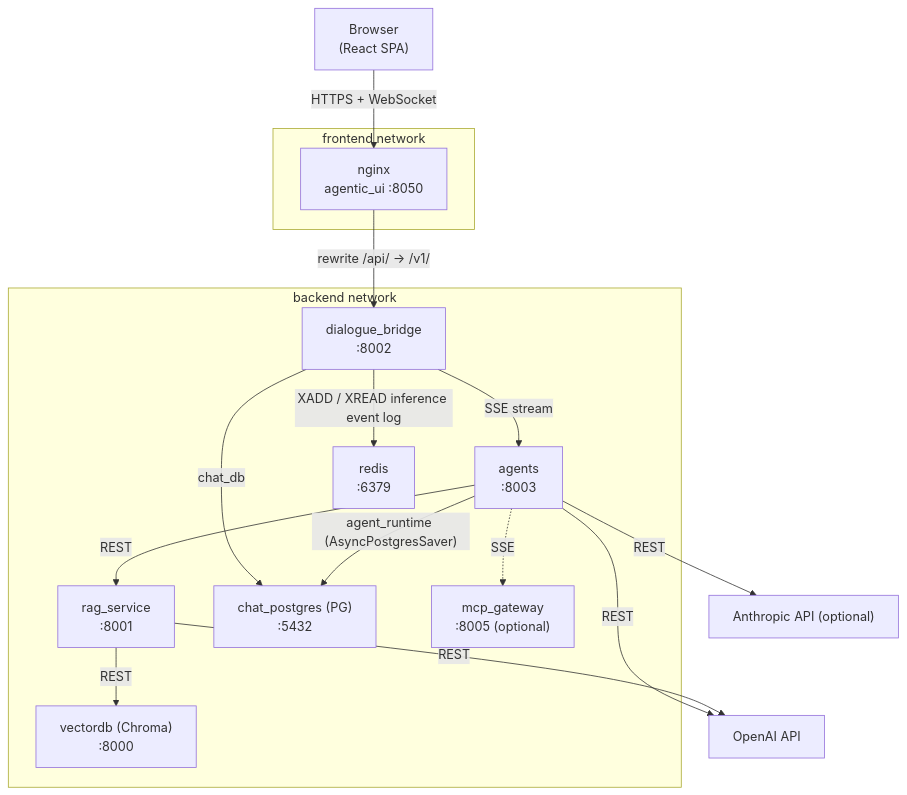
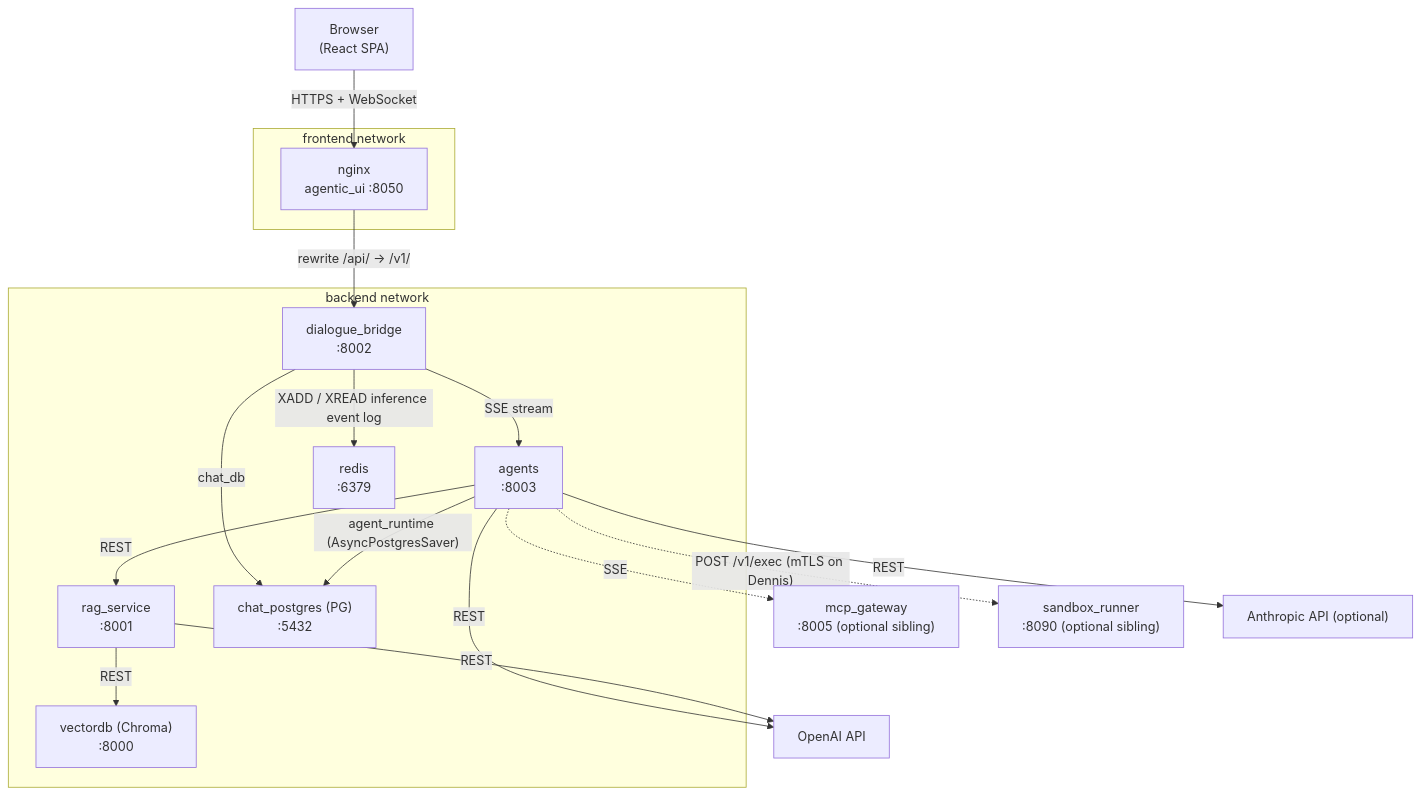
Before and after one commit to konstantinosmpouros/mAgenticX: the first of 3 diagrams in docs/architecture/overview.md, drawn with Mermaid. The commit also changed other lines of this file and 26 other files, not shown here.

````diff
--- a/docs/architecture/overview.md
+++ b/docs/architecture/overview.md
@@ -27,33 +27,36 @@
 ```mermaid
 flowchart TB
-    Browser["Browser\n(React SPA)"]
+    Browser["Browser<br/>(React SPA)"]
 
     subgraph frontend_net["frontend network"]
-        nginx["nginx\nagentic_ui :8050"]
+        nginx["nginx<br/>agentic_ui :8050"]
     end
 
     subgraph backend_net["backend network"]
-        bridge["dialogue_bridge\n:8002"]
-        agents["agents\n:8003"]
-        rag["rag_service\n:8001"]
-        chroma["vectordb (Chroma)\n:8000"]
-        pg["chat_postgres (PG)\n:5432"]
-        redis["redis\n:6379"]
-        mcp["mcp_gateway\n:8005 (optional)"]
+        bridge["dialogue_bridge<br/>:8002"]
+        agents["agents<br/>:8003"]
+        rag["rag_service<br/>:8001"]
+        chroma["vectordb (Chroma)<br/>:8000"]
+        pg["chat_postgres (PG)<br/>:5432"]
+        redis["redis<br/>:6379"]
     end
+
+    mcp["mcp_gateway<br/>:8005 (optional sibling)"]
+    sandbox["sandbox_runner<br/>:8090 (optional sibling)"]
 
     Browser -->|"HTTPS + WebSocket"| nginx
     nginx -->|"rewrite /api/ → /v1/"| bridge
     bridge -->|"SSE stream"| agents
     bridge -->|"chat_db"| pg
     bridge -->|"XADD / XREAD inference event log"| redis
 
     agents -->|"agent_runtime (AsyncPostgresSaver)"| pg
     agents -->|"REST"| rag
     agents -.->|"SSE"| mcp
+    agents -.->|"POST /v1/exec (mTLS on Dennis)"| sandbox
     agents -->|"REST"| OpenAI["OpenAI API"]
     agents -->|"REST"| Anthropic["Anthropic API (optional)"]
 
     rag -->|"REST"| chroma
     rag -->|"REST"| OpenAI
 ```
````
